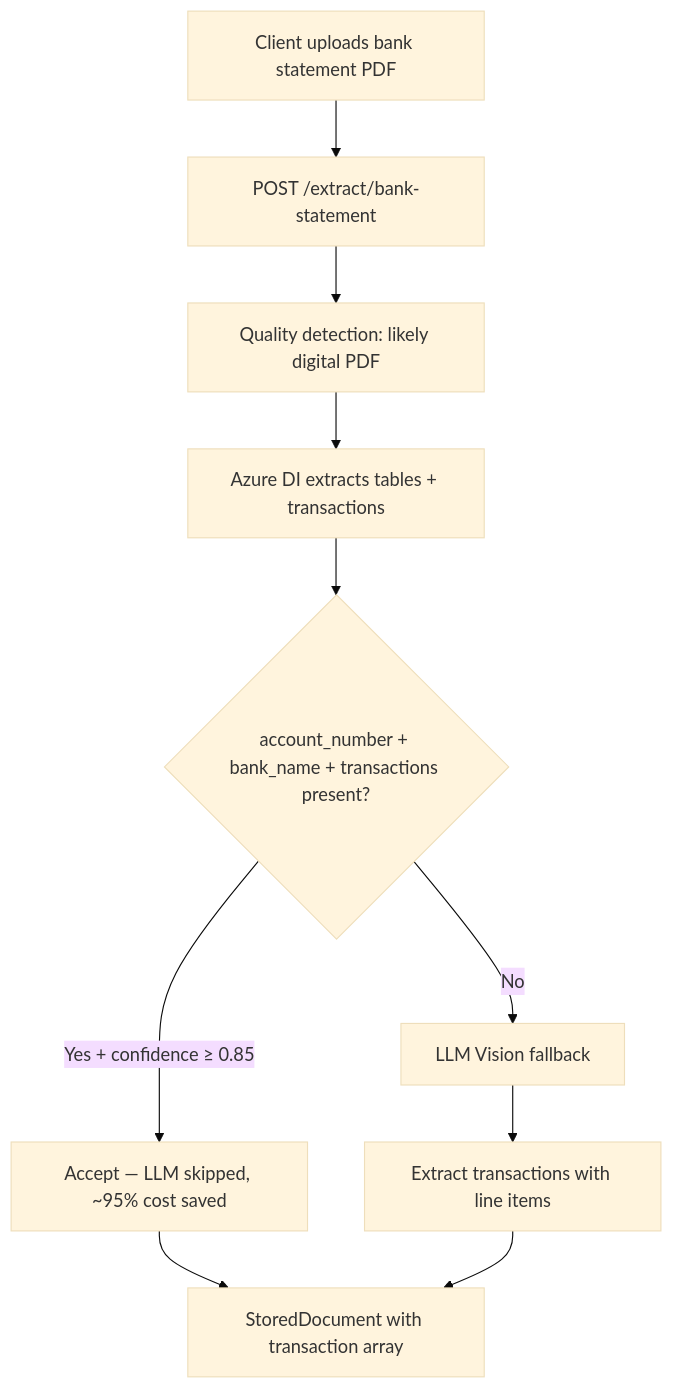
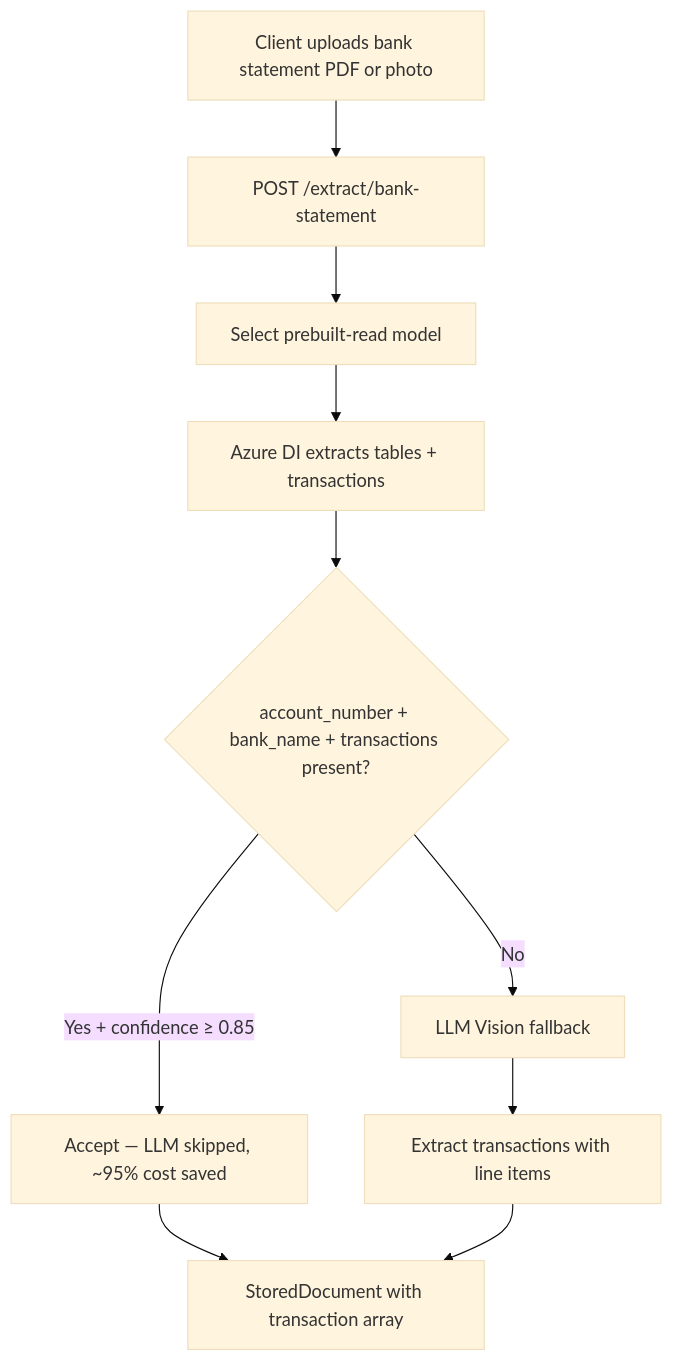
One commit to harsha9099/document-intelligence-api changed the fourth of 8 diagrams in README.md. Above: the diagram before and after it, drawn with Mermaid (base theme). The commit also changed other lines of this file and 7 other files, not shown here.

First line of the commit message:
Route ALL documents through Azure DI first with smart prebuilt model selection

````diff
--- a/README.md
+++ b/README.md
@@ -100,12 +104,12 @@
 ```mermaid
 flowchart TD
-    A[Client uploads bank statement PDF] --> B[POST /extract/bank-statement]
-    B --> C[Quality detection: likely digital PDF]
+    A[Client uploads bank statement PDF or photo] --> B[POST /extract/bank-statement]
+    B --> C[Select prebuilt-read model]
     C --> D[Azure DI extracts tables + transactions]
     D --> E{account_number + bank_name + transactions present?}
     E -->|Yes + confidence ≥ 0.85| F[Accept — LLM skipped, ~95% cost saved]
     E -->|No| G[LLM Vision fallback]
     G --> H[Extract transactions with line items]
     F --> I[StoredDocument with transaction array]
     H --> I
 ```
````
